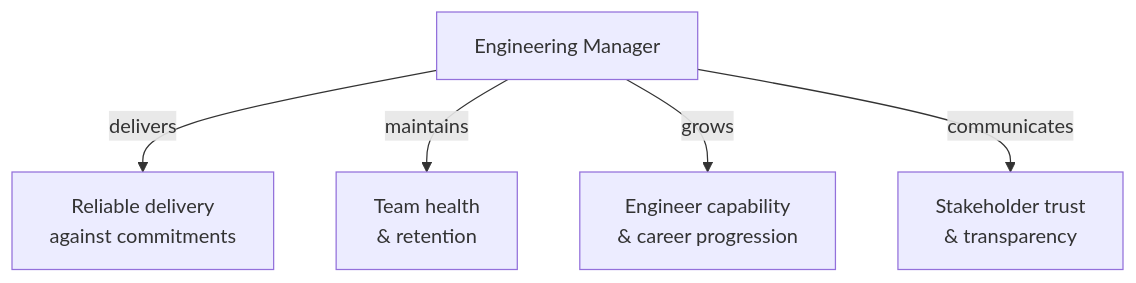
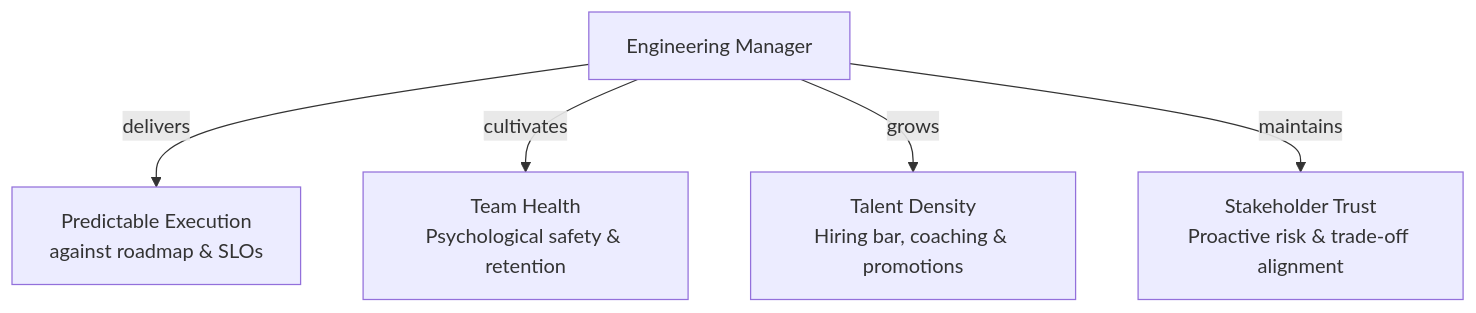
Before and after one commit to nitinkc/PrincipalEngineer_InterviewGuide: the first of 2 diagrams in docs/01.03-engineering-manager.md, drawn with Mermaid. The commit also changed other lines of this file and 27 other files, not shown here.

````diff
--- a/docs/01.03-engineering-manager.md
+++ b/docs/01.03-engineering-manager.md
@@ -12,8 +23,8 @@
 ```mermaid
 graph TD
-    EM[Engineering Manager]
-    EM -->|delivers| D[Reliable delivery\nagainst commitments]
-    EM -->|maintains| H[Team health\n& retention]
-    EM -->|grows| G[Engineer capability\n& career progression]
-    EM -->|communicates| S[Stakeholder trust\n& transparency]
+    EM["Engineering Manager"]
+    EM -->|"delivers"| D["Predictable Execution<br/>against roadmap & SLOs"]
+    EM -->|"cultivates"| H["Team Health<br/>Psychological safety & retention"]
+    EM -->|"grows"| G["Talent Density<br/>Hiring bar, coaching & promotions"]
+    EM -->|"maintains"| S["Stakeholder Trust<br/>Proactive risk & trade-off alignment"]
 ```
````
